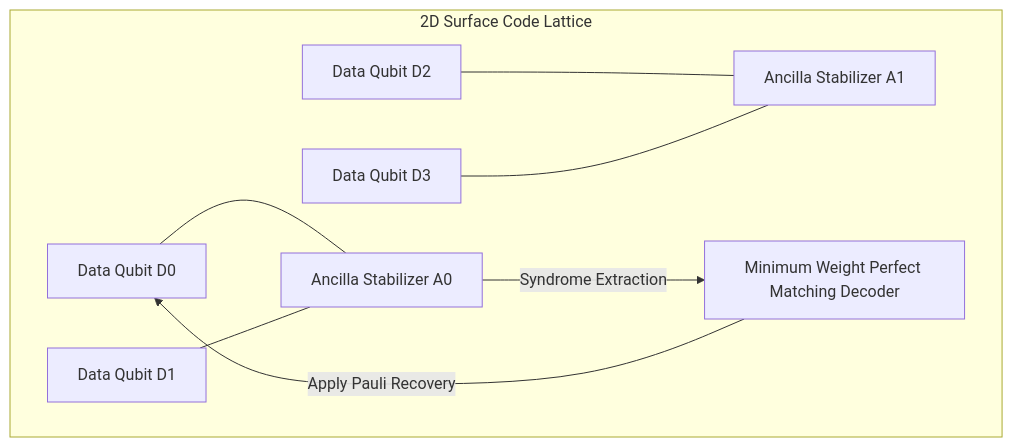
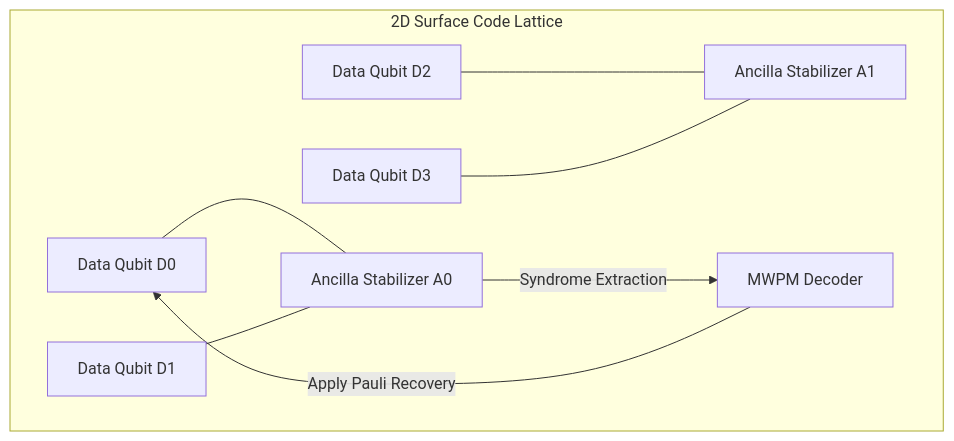
One commit to AndreaPallotta/subroutine changed the diagram in src/content/articles/quantum-error-correction-surface-codes.mdx. Above: the diagram before and after it, drawn with Mermaid. The commit also changed 6 other files, not shown here.

Commit message:
Fixed mermaid graph in ntp article

````diff
--- a/src/content/articles/quantum-error-correction-surface-codes.mdx
+++ b/src/content/articles/quantum-error-correction-surface-codes.mdx
@@ -43,11 +43,11 @@
 ```mermaid
 graph TD
-    subgraph 2D Surface Code Lattice
-    D1[Data Qubit D0] --- A1[Ancilla Stabilizer A0]
-    D2[Data Qubit D1] --- A1
-    D3[Data Qubit D2] --- A2[Ancilla Stabilizer A1]
-    D4[Data Qubit D3] --- A2
-    A1 -- Syndrome Extraction --> MWPM[Minimum Weight Perfect Matching Decoder]
-    MWPM -- Apply Pauli Recovery --> D1
+    subgraph Surface["2D Surface Code Lattice"]
+    D1["Data Qubit D0"] --- A1["Ancilla Stabilizer A0"]
+    D2["Data Qubit D1"] --- A1
+    D3["Data Qubit D2"] --- A2["Ancilla Stabilizer A1"]
+    D4["Data Qubit D3"] --- A2
+    A1 -->|"Syndrome Extraction"| MWPM["MWPM Decoder"]
+    MWPM -->|"Apply Pauli Recovery"| D1
     end
 ```
````
